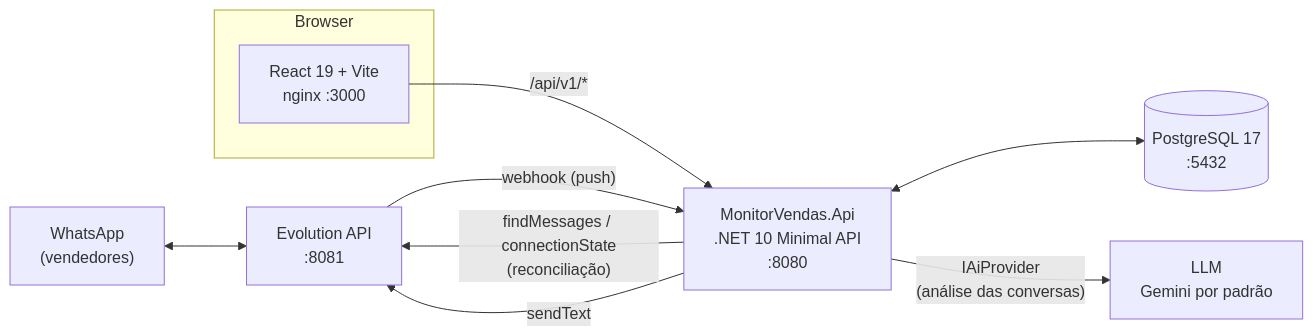
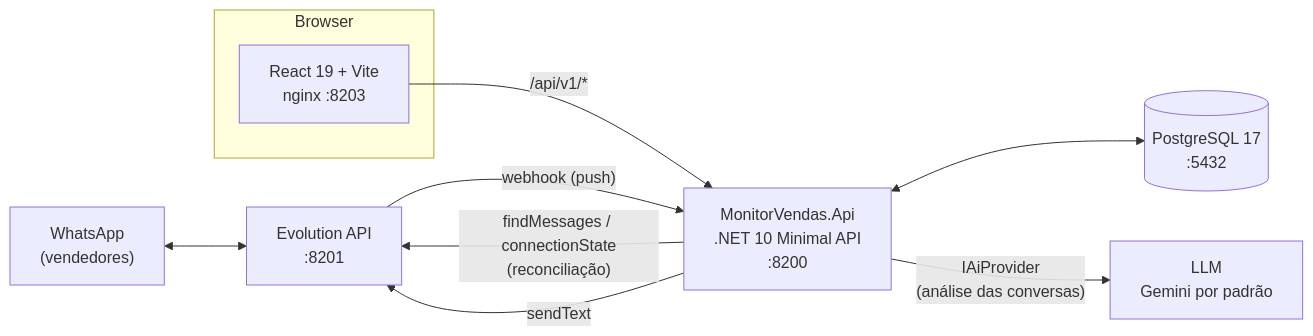
One commit to IgorCoura/monitor-vendas changed the first of 3 diagrams in README.md. Above: the diagram before and after it, drawn with Mermaid. The commit also changed other lines of this file and 60 other files, not shown here.

````diff
--- a/README.md
+++ b/README.md
@@ -86,15 +86,15 @@
 ```mermaid
 flowchart LR
-    WA["WhatsApp<br/>(vendedores)"] <--> EVO["Evolution API<br/>:8081"]
+    WA["WhatsApp<br/>(vendedores)"] <--> EVO["Evolution API<br/>:8201"]
     EVO -- "webhook (push)" --> API
     API -- "findMessages / connectionState<br/>(reconciliação)" --> EVO
     API -- "sendText" --> EVO
 
     subgraph Browser
-      UI["React 19 + Vite<br/>nginx :3000"]
+      UI["React 19 + Vite<br/>nginx :8203"]
     end
 
-    UI -- "/api/v1/*" --> API["MonitorVendas.Api<br/>.NET 10 Minimal API<br/>:8080"]
+    UI -- "/api/v1/*" --> API["MonitorVendas.Api<br/>.NET 10 Minimal API<br/>:8200"]
     API <--> PG[("PostgreSQL 17<br/>:5432")]
     API -- "IAiProvider<br/>(análise das conversas)" --> LLM["LLM<br/>Gemini por padrão"]
 ```
````
